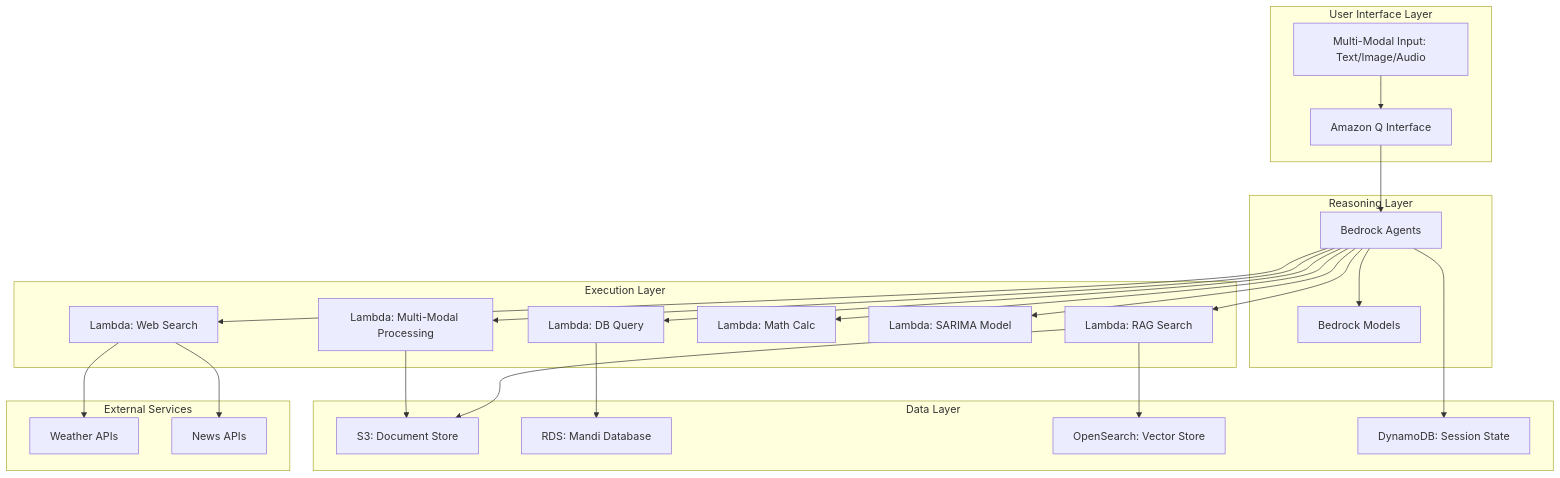
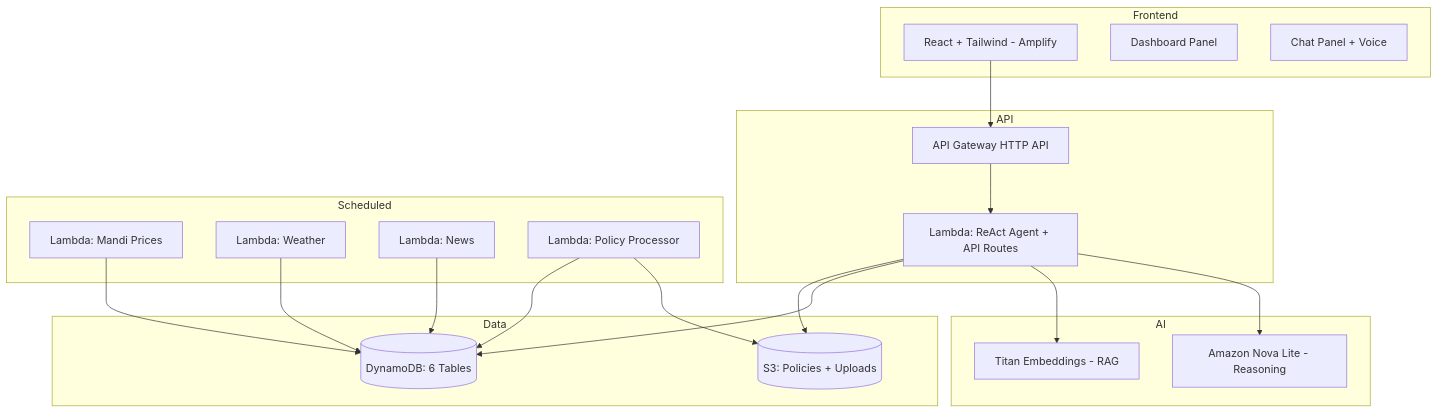
One commit to adityajha2007/agri-mitra-aws-finale changed the diagram in design.md. Above: the diagram before and after it, drawn with Mermaid. The commit also changed other lines of this file and 74 other files, not shown here.

````diff
--- a/design.md
+++ b/design.md
@@ -13,52 +15,39 @@
 ```mermaid
 graph TB
-    subgraph "User Interface Layer"
-        AQ[Amazon Q Interface]
-        UI[Multi-Modal Input: Text/Image/Audio]
+    subgraph "Frontend"
+        UI[React + Tailwind - Amplify]
+        DASH[Dashboard Panel]
+        CHAT[Chat Panel + Voice]
     end
-    
-    subgraph "Reasoning Layer"
-        BA[Bedrock Agents]
-        BM[Bedrock Models]
+
+    subgraph "API"
+        APIGW[API Gateway HTTP API]
+        LAMBDA[Lambda: ReAct Agent + API Routes]
     end
-    
-    subgraph "Execution Layer"
-        LF1[Lambda: RAG Search]
-        LF2[Lambda: Web Search]
-        LF3[Lambda: DB Query]
-        LF4[Lambda: Math Calc]
-        LF5[Lambda: SARIMA Model]
-        LF6[Lambda: Multi-Modal Processing]
+
+    subgraph "AI"
+        BEDROCK[Amazon Nova Lite - Reasoning]
+        EMBED[Titan Embeddings - RAG]
     end
-    
-    subgraph "Data Layer"
-        S3[S3: Document Store]
-        RDS[RDS: Mandi Database]
-        OS[OpenSearch: Vector Store]
-        DDB[DynamoDB: Session State]
+
+    subgraph "Data"
+        DDB[(DynamoDB: 6 Tables)]
+        S3[(S3: Policies + Uploads)]
     end
-    
-    subgraph "External Services"
-        WS[Weather APIs]
-        NS[News APIs]
+
+    subgraph "Scheduled"
+        L1[Lambda: Mandi Prices]
+        L2[Lambda: Weather]
+        L3[Lambda: News]
+        L4[Lambda: Policy Processor]
     end
-    
-    UI --> AQ
-    AQ --> BA
-    BA --> BM
-    BA --> LF1
-    BA --> LF2
-    BA --> LF3
-    BA --> LF4
-    BA --> LF5
-    BA --> LF6
-    
-    LF1 --> S3
-    LF1 --> OS
-    LF2 --> WS
-    LF2 --> NS
-    LF3 --> RDS
-    LF6 --> S3
-    
-    BA --> DDB
+
+    UI --> APIGW --> LAMBDA
+    LAMBDA --> BEDROCK
+    LAMBDA --> EMBED
+    LAMBDA --> DDB
+    LAMBDA --> S3
+    L1 & L2 & L3 --> DDB
+    L4 --> S3
+    L4 --> DDB
 ```
````
